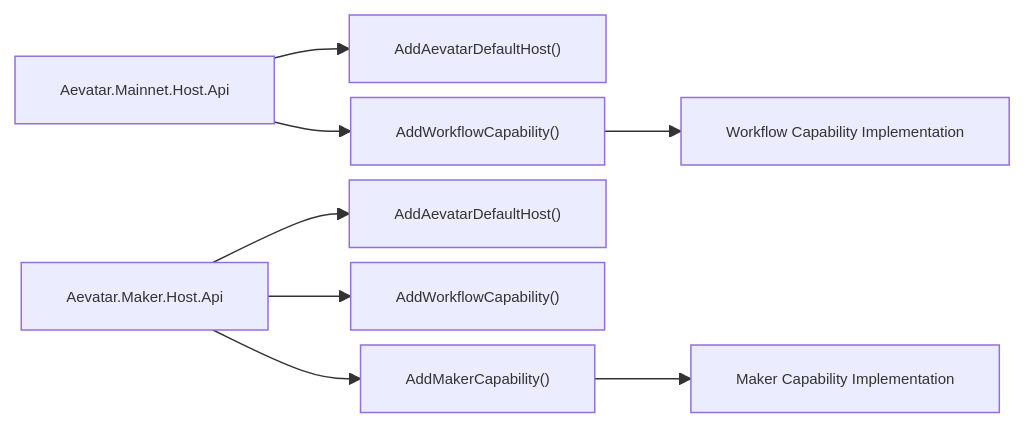
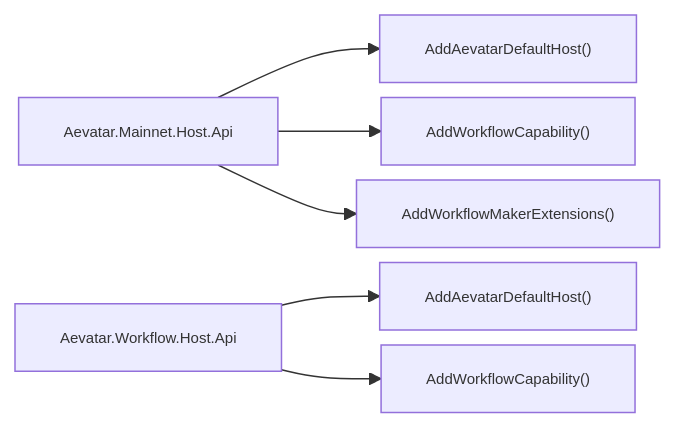
One commit to aevatarAI/aevatar changed the second of 2 diagrams in docs/PROJECT_ARCHITECTURE.md. Above: the diagram before and after it, drawn with Mermaid. The commit also changed other lines of this file and 49 other files, not shown here.

First line of the commit message:
Refactor Maker Integration into Workflow Extensions

````diff
--- a/docs/PROJECT_ARCHITECTURE.md
+++ b/docs/PROJECT_ARCHITECTURE.md
@@ -31,13 +27,10 @@
 ```mermaid
 %%{init: {"maxTextSize": 100000, "flowchart": {"useMaxWidth": false, "nodeSpacing": 10, "rankSpacing": 50}, "themeVariables": {"fontSize": "10px"}}}%%
 flowchart LR
-    MH["Aevatar.Mainnet.Host.Api"] --> HADD["AddAevatarDefaultHost()"]
-    MH --> WADD["AddWorkflowCapability()"]
+    MH["Aevatar.Mainnet.Host.Api"] --> H0["AddAevatarDefaultHost()"]
+    MH --> H1["AddWorkflowCapability()"]
+    MH --> H2["AddWorkflowMakerExtensions()"]
 
-    KH["Aevatar.Maker.Host.Api"] --> KHADD["AddAevatarDefaultHost()"]
-    KH --> KWADD["AddWorkflowCapability()"]
-    KH --> KADD["AddMakerCapability()"]
-
-    WADD --> WIMPL["Workflow Capability Implementation"]
-    KADD --> KIMPL["Maker Capability Implementation"]
+    WH["Aevatar.Workflow.Host.Api"] --> W0["AddAevatarDefaultHost()"]
+    WH --> W1["AddWorkflowCapability()"]
 ```
````
